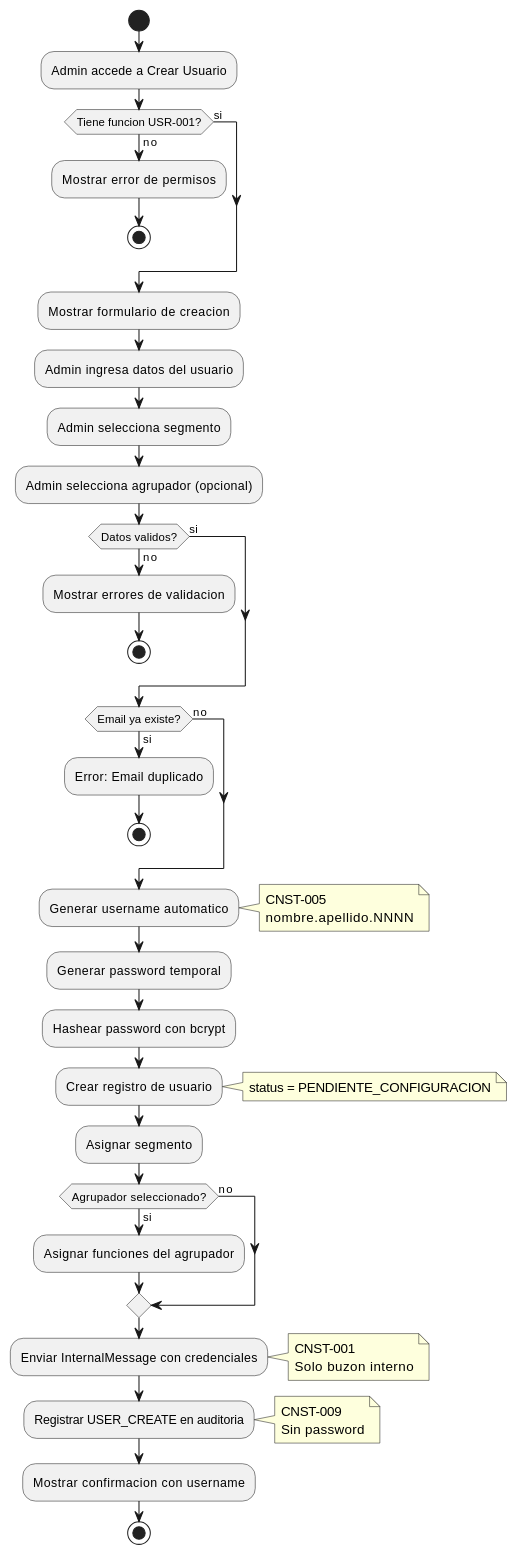
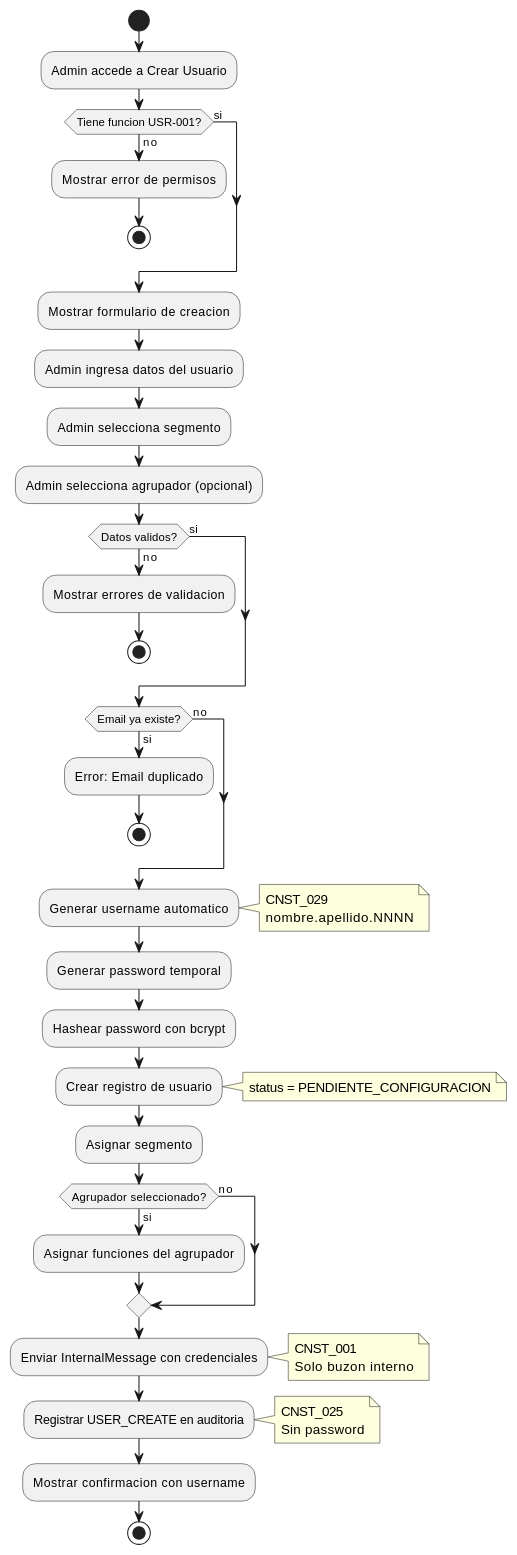
Before and after one commit to jcg-admin/IACT-docs: the third of 3 diagrams in source/requisitos/casos_uso/users/UC_USR_01_Crear_Usuario.rst, drawn with PlantUML. The commit also changed other lines of this file and 67 other files, not shown here.

```diff
--- a/source/requisitos/casos_uso/users/UC_USR_01_Crear_Usuario.rst
+++ b/source/requisitos/casos_uso/users/UC_USR_01_Crear_Usuario.rst
@@ -493,74 +493,74 @@
 .. uml::
    :caption: Diagrama de Actividad - UC_USR_01
 
    @startuml
 
    start
 
    :Admin accede a Crear Usuario;
 
    if (Tiene funcion USR-001?) then (no)
      :Mostrar error de permisos;
      stop
    else (si)
    endif
 
    :Mostrar formulario de creacion;
 
    :Admin ingresa datos del usuario;
 
    :Admin selecciona segmento;
 
    :Admin selecciona agrupador (opcional);
 
    if (Datos validos?) then (no)
      :Mostrar errores de validacion;
      stop
    else (si)
    endif
 
    if (Email ya existe?) then (si)
      :Error: Email duplicado;
      stop
    else (no)
    endif
 
    :Generar username automatico;
    note right
-     CNST-005
+     CNST_029
      nombre.apellido.NNNN
    end note
 
    :Generar password temporal;
 
    :Hashear password con bcrypt;
 
    :Crear registro de usuario;
    note right
      status = PENDIENTE_CONFIGURACION
    end note
 
    :Asignar segmento;
 
    if (Agrupador seleccionado?) then (si)
      :Asignar funciones del agrupador;
    else (no)
    endif
 
    :Enviar InternalMessage con credenciales;
    note right
-     CNST-001
+     CNST_001
      Solo buzon interno
    end note
 
    :Registrar USER_CREATE en auditoria;
    note right
-     CNST-009
+     CNST_025
      Sin password
    end note
 
    :Mostrar confirmacion con username;
 
    stop
 
    @enduml
```
